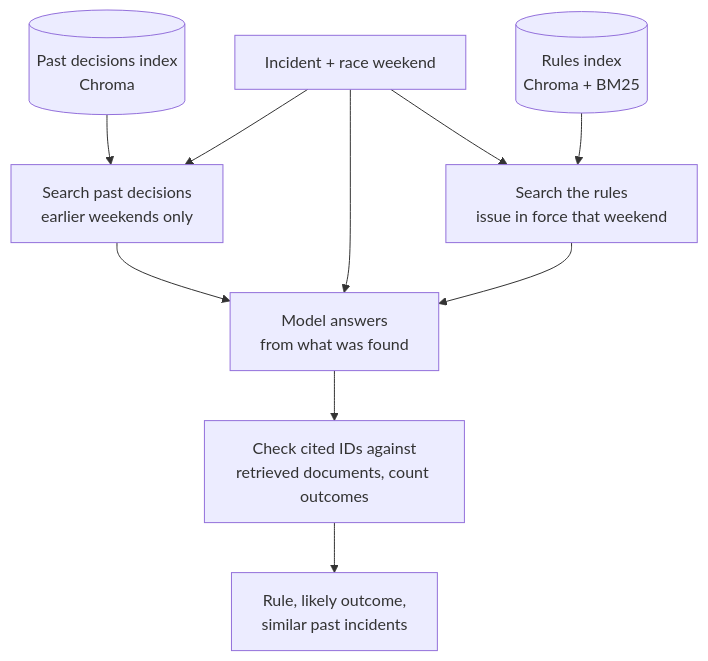
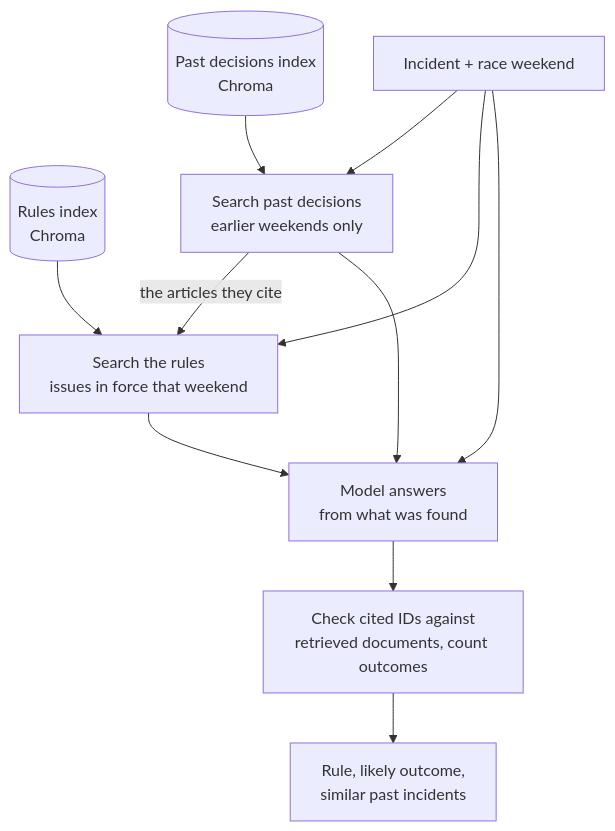
Before and after one commit to junghuiyoung/f1-ai-steward: the diagram in README-draft.md, drawn with Mermaid. The commit also changed other lines of this file and 3 other files, not shown here.

````diff
--- a/README-draft.md
+++ b/README-draft.md
@@ -34,15 +35,16 @@
 ```mermaid
 flowchart TD
     ID[("Past decisions index<br/>Chroma")]
     Q["Incident + race weekend"]
-    IR[("Rules index<br/>Chroma + BM25")]
+    IR[("Rules index<br/>Chroma")]
     ID --> SD["Search past decisions<br/>earlier weekends only"]
     Q --> SD
-    Q --> SR["Search the rules<br/>issue in force that weekend"]
+    Q --> SR["Search the rules<br/>issues in force that weekend"]
     IR --> SR
+    SD -->|"the articles they cite"| SR
     SD --> M["Model answers<br/>from what was found"]
     Q --> M
     SR --> M
     M --> C["Check cited IDs against<br/>retrieved documents, count outcomes"]
     C --> A["Rule, likely outcome,<br/>similar past incidents"]
 ```
````
